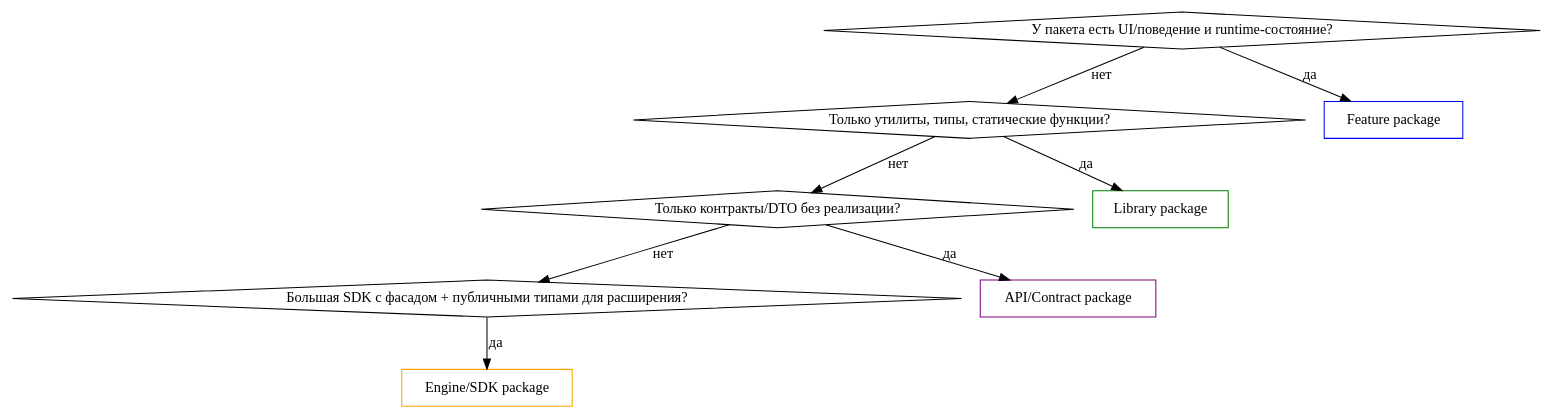
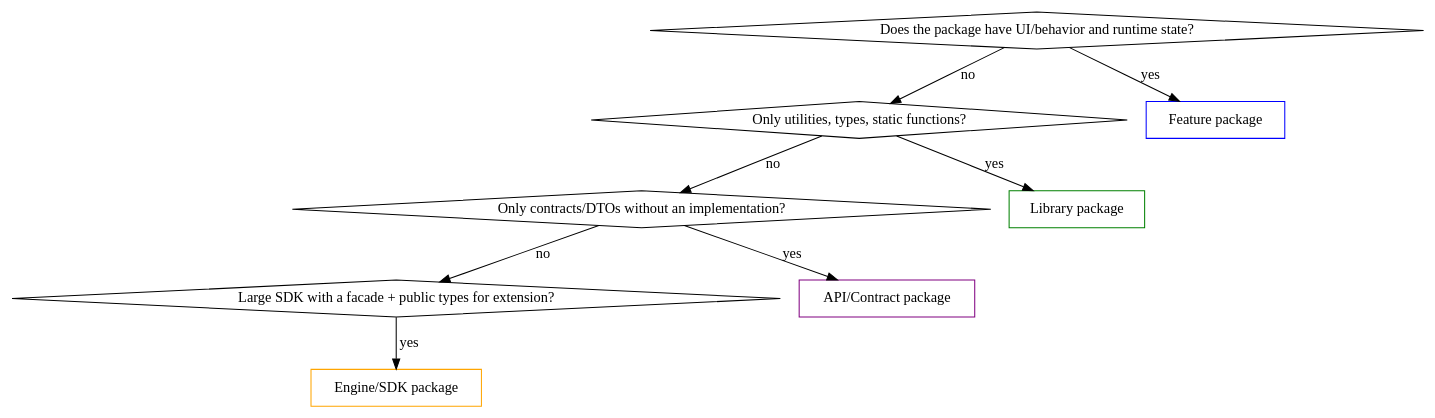
The diagram in skills/pkg-spm-design/SKILL.md (iruirc/spine-platform-swift), drawn with Graphviz before and after one commit. The commit also changed other lines of this file and 22 other files, not shown here.

````diff
--- a/skills/pkg-spm-design/SKILL.md
+++ b/skills/pkg-spm-design/SKILL.md
@@ -18,21 +18,21 @@
 ```dot
 digraph package_type {
-    "У пакета есть UI/поведение и runtime-состояние?" [shape=diamond];
-    "Только утилиты, типы, статические функции?" [shape=diamond];
-    "Только контракты/DTO без реализации?" [shape=diamond];
-    "Большая SDK с фасадом + публичными типами для расширения?" [shape=diamond];
+    "Does the package have UI/behavior and runtime state?" [shape=diamond];
+    "Only utilities, types, static functions?" [shape=diamond];
+    "Only contracts/DTOs without an implementation?" [shape=diamond];
+    "Large SDK with a facade + public types for extension?" [shape=diamond];
 
     "Feature package" [shape=box, color=blue];
     "Library package" [shape=box, color=green];
     "API/Contract package" [shape=box, color=purple];
     "Engine/SDK package" [shape=box, color=orange];
 
-    "У пакета есть UI/поведение и runtime-состояние?" -> "Feature package" [label="да"];
-    "У пакета есть UI/поведение и runtime-состояние?" -> "Только утилиты, типы, статические функции?" [label="нет"];
-    "Только утилиты, типы, статические функции?" -> "Library package" [label="да"];
-    "Только утилиты, типы, статические функции?" -> "Только контракты/DTO без реализации?" [label="нет"];
-    "Только контракты/DTO без реализации?" -> "API/Contract package" [label="да"];
-    "Только контракты/DTO без реализации?" -> "Большая SDK с фасадом + публичными типами для расширения?" [label="нет"];
-    "Большая SDK с фасадом + публичными типами для расширения?" -> "Engine/SDK package" [label="да"];
+    "Does the package have UI/behavior and runtime state?" -> "Feature package" [label="yes"];
+    "Does the package have UI/behavior and runtime state?" -> "Only utilities, types, static functions?" [label="no"];
+    "Only utilities, types, static functions?" -> "Library package" [label="yes"];
+    "Only utilities, types, static functions?" -> "Only contracts/DTOs without an implementation?" [label="no"];
+    "Only contracts/DTOs without an implementation?" -> "API/Contract package" [label="yes"];
+    "Only contracts/DTOs without an implementation?" -> "Large SDK with a facade + public types for extension?" [label="no"];
+    "Large SDK with a facade + public types for extension?" -> "Engine/SDK package" [label="yes"];
 }
 ```
````
